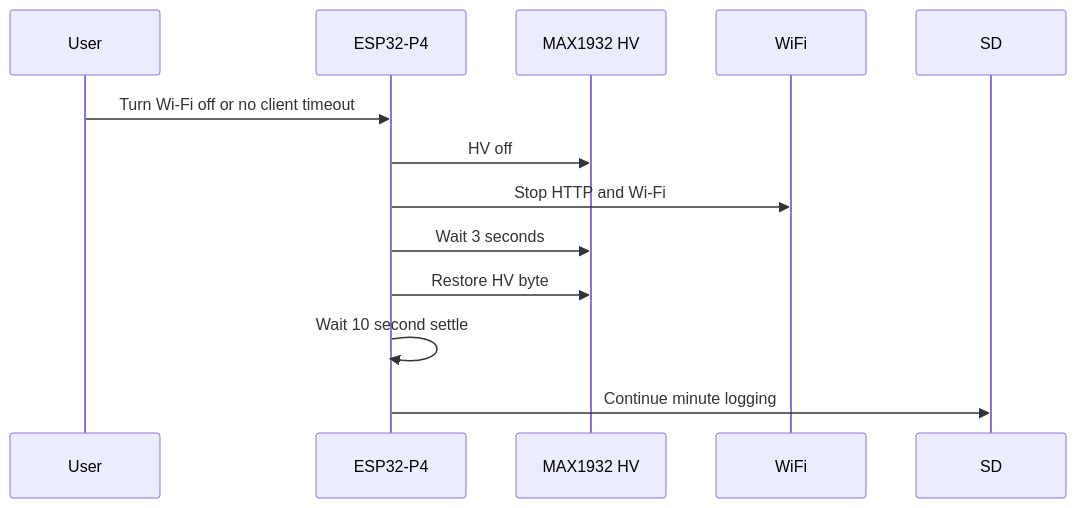
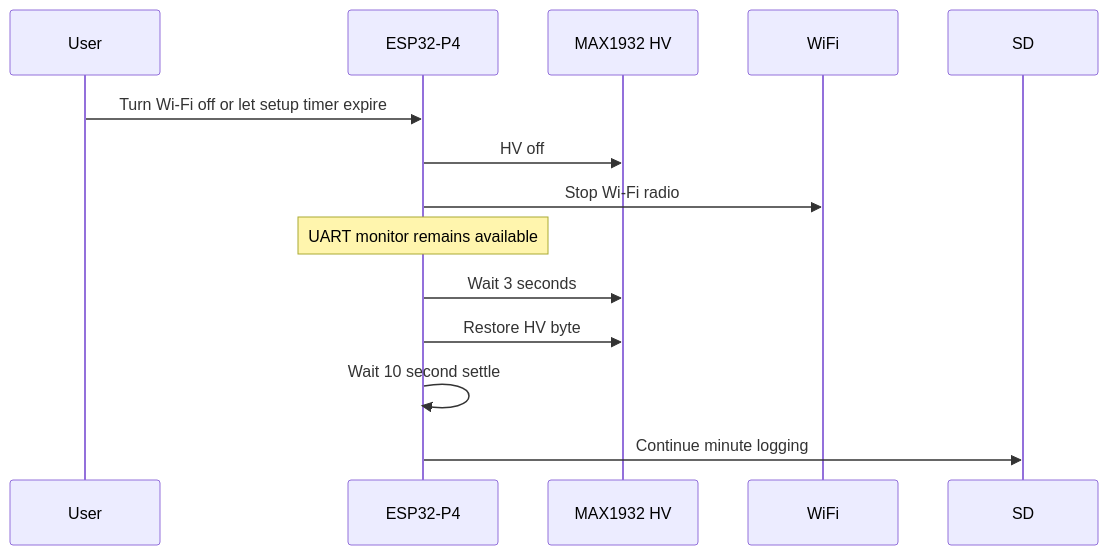
The second of 2 diagrams in docs/detector-sections.md (tharinduudu/ESP32-P4-gLOWCSOT-cubesat), drawn with Mermaid before and after one commit. The commit also changed other lines of this file and 24 other files, not shown here.

````diff
--- a/docs/detector-sections.md
+++ b/docs/detector-sections.md
@@ -164,15 +169,16 @@
 ```mermaid
 sequenceDiagram
     participant User
     participant ESP as ESP32-P4
     participant HV as MAX1932 HV
     participant WiFi
     participant SD
-    User->>ESP: Turn Wi-Fi off or no client timeout
+    User->>ESP: Turn Wi-Fi off or let setup timer expire
     ESP->>HV: HV off
-    ESP->>WiFi: Stop HTTP and Wi-Fi
+    ESP->>WiFi: Stop Wi-Fi radio
+    Note over ESP: UART monitor remains available
     ESP->>HV: Wait 3 seconds
     ESP->>HV: Restore HV byte
     ESP->>ESP: Wait 10 second settle
     ESP->>SD: Continue minute logging
 ```
````
